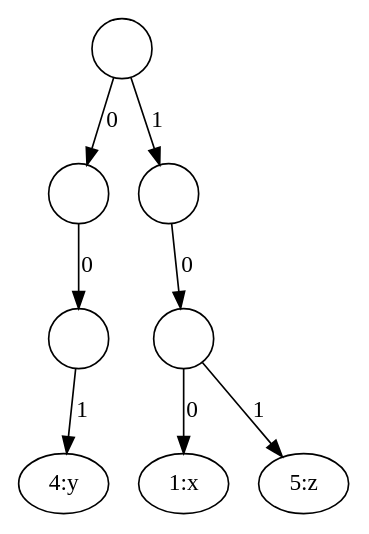
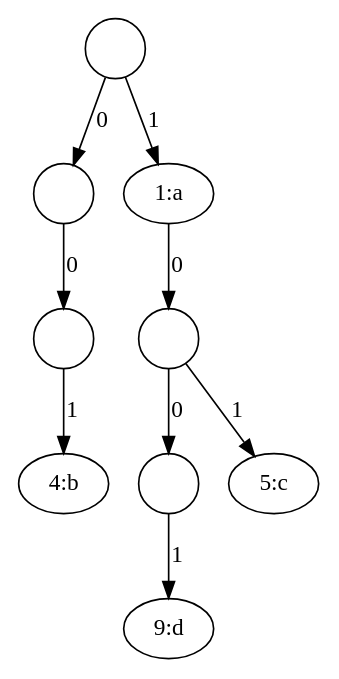
One commit to liuxinyu95/AlgoXY changed the diagram in algo/datastruct/tree/trie/img/int-trie.dot. Above: the diagram before and after it, drawn with Graphviz. The commit also changed 6 other files, not shown here.

First line of the commit message:
Fixed problem of {1:x, 4:y, 5:z} int trie figure, the original problems is in Okasaki's paper.

```diff
--- a/algo/datastruct/tree/trie/img/int-trie.dot
+++ b/algo/datastruct/tree/trie/img/int-trie.dot
@@ -1,18 +1,20 @@
 digraph G{
 	node[shape=circle]
 	t[label=""];
 	t0[label=""];
 	t00[label=""];
-	t001[label="4:y", shape=ellipse];
+	t001[label="4:b", shape=ellipse];
 	t00->t001[label="1"]
 	t0->t00[label="0"]
 	t->t0[label="0"]
-	t1[label=""];
+	t1[label="1:a", shape=ellipse];
 	t10[label=""];
-	t100[label="1:x", shape=ellipse];
+	t100[label=""];
+	t1001[label="9:d", shape=ellipse];
+	t100->t1001[label="1"]
 	t10->t100[label="0"]
-	t101[label="5:z", shape=ellipse];
+	t101[label="5:c", shape=ellipse];
 	t10->t101[label="1"]
 	t1->t10[label="0"]
 	t->t1[label="1"]
 }
```
